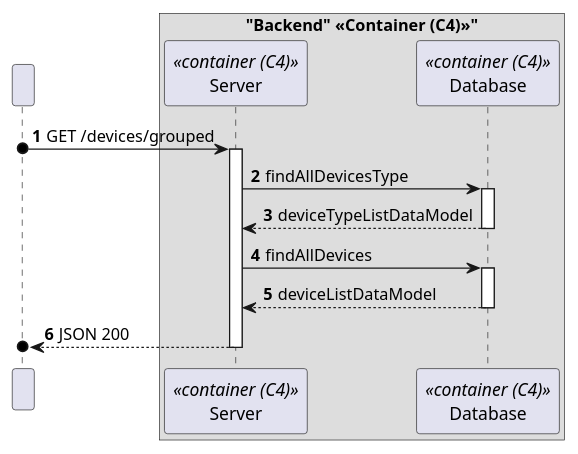
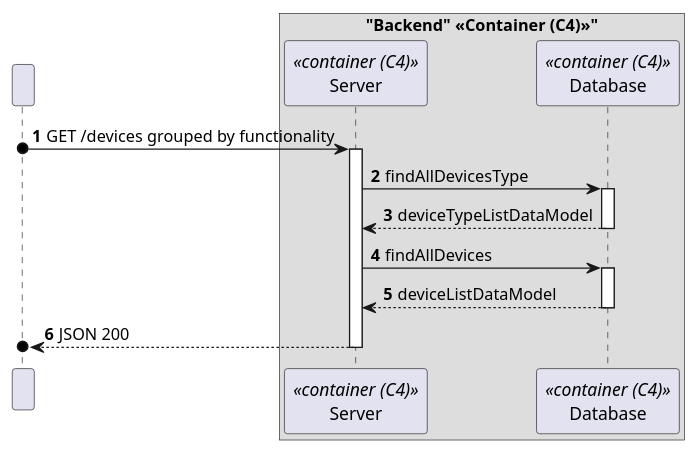
The diagram in docs/C4_4plus1_models/Level3/ProcessView/ProcessViewLevel3_UC09.puml (moutajDev/smarthome), drawn with PlantUML before and after one commit. The commit also changed 38 other files, not shown here.

```diff
--- a/docs/C4_4plus1_models/Level3/ProcessView/ProcessViewLevel3_UC09.puml
+++ b/docs/C4_4plus1_models/Level3/ProcessView/ProcessViewLevel3_UC09.puml
@@ -1,36 +1,36 @@
 @startuml
 'https://plantuml.com/sequence-diagram
 !pragma layout smetana
 
 autonumber
 
 participant " " as HTTP
 
 box "Backend" <<Container (C4)>>"
     participant "Server" as SE<<container (C4)>>
     participant "Database" as DB<<container (C4)>>
 end box
 
 
-HTTP o-> SE : GET /devices/grouped
+HTTP o-> SE : GET /devices grouped by functionality
 activate SE
 
 SE -> DB : findAllDevicesType
 activate DB
 
 DB --> SE : deviceTypeListDataModel
 deactivate DB
 
 SE -> DB : findAllDevices
 activate DB
 
 DB --> SE : deviceListDataModel
 deactivate DB
 
 SE -->o HTTP : JSON 200
 deactivate SE
 
 deactivate HTTP
 
 
 @enduml
```
